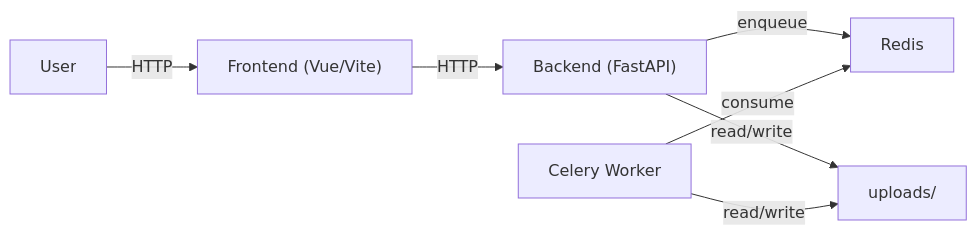
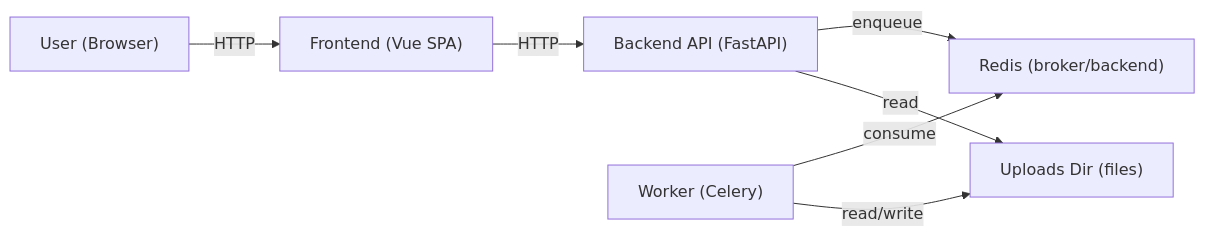
One commit to a1354013-alt/ai_subtitle_tool changed the first of 2 diagrams in README.md. Above: the diagram before and after it, drawn with Mermaid. The commit also changed other lines of this file and 31 other files, not shown here.

````diff
--- a/README.md
+++ b/README.md
@@ -15,9 +16,9 @@
 ```mermaid
 flowchart LR
-  U["User"] -->|HTTP| F["Frontend (Vue/Vite)"]
-  F -->|HTTP| B["Backend (FastAPI)"]
-  B -->|enqueue| R["Redis"]
-  W["Celery Worker"] -->|consume| R
-  B -->|read/write| FS["uploads/"]
-  W -->|read/write| FS
+  U["User (Browser)"] -->|HTTP| F["Frontend (Vue SPA)"]
+  F -->|HTTP| B["Backend API (FastAPI)"]
+  B -->|enqueue| R["Redis (broker/backend)"]
+  W["Worker (Celery)"] -->|consume| R
+  W -->|read/write| FS["Uploads Dir (files)"]
+  B -->|read| FS
 ```
````
